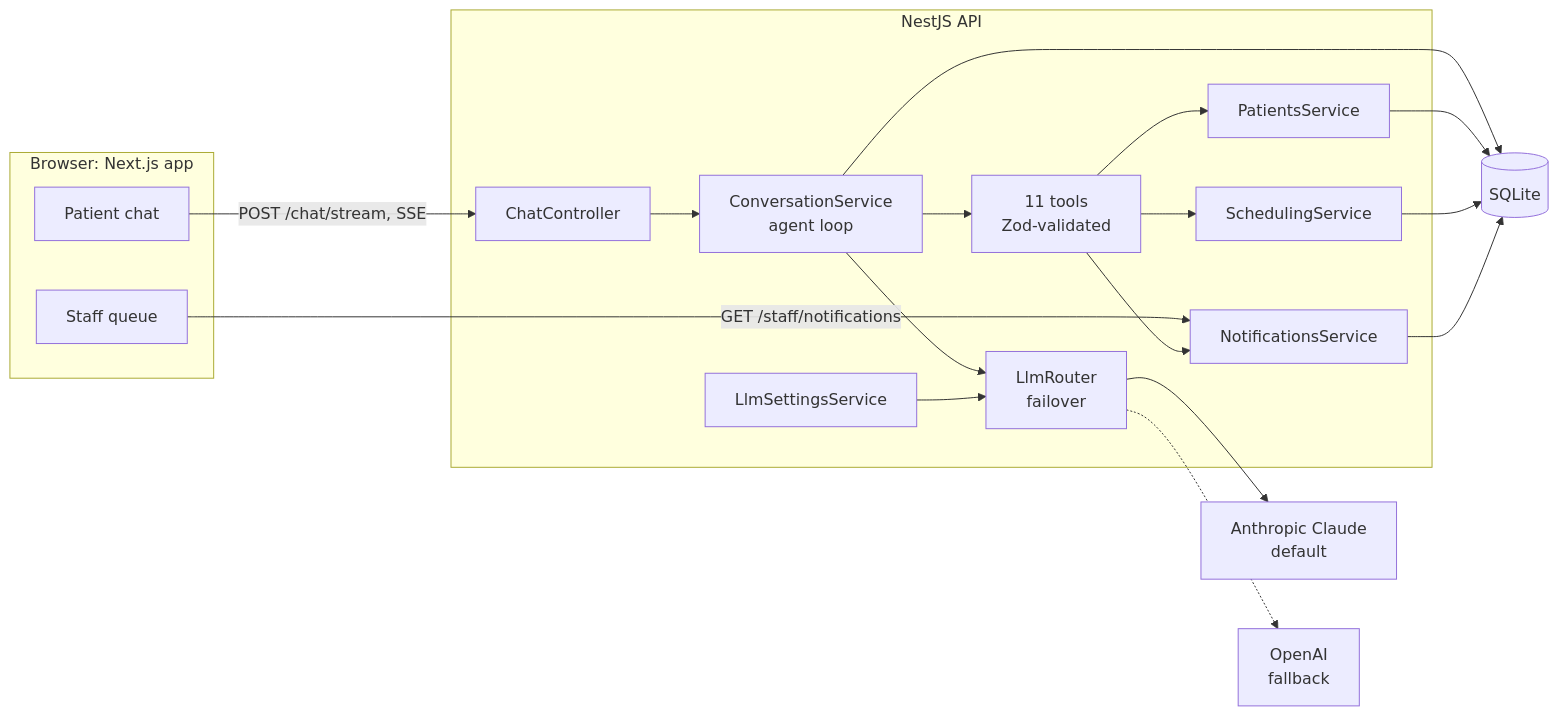
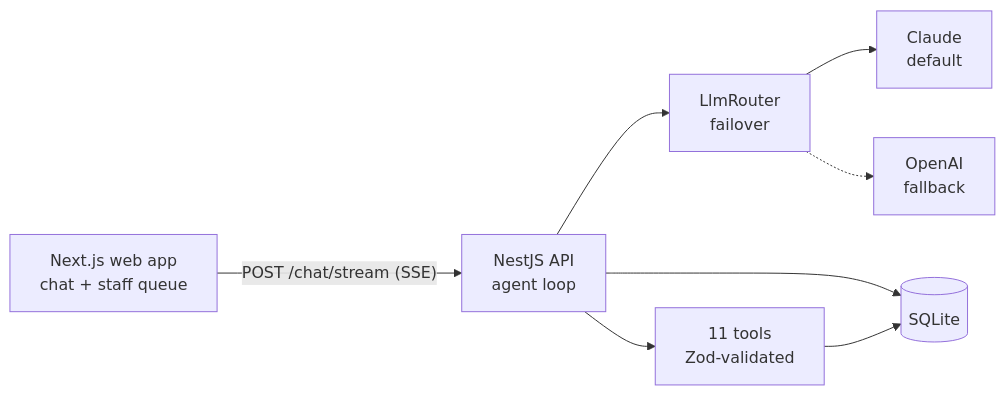
Before and after one commit to FKande/smile-desk: the first of 2 diagrams in README.md, drawn with Mermaid. The commit also changed other lines of this file, not shown here.

````diff
--- a/README.md
+++ b/README.md
@@ -68,36 +45,10 @@
 ```mermaid
 flowchart LR
-  subgraph web["Browser: Next.js app"]
-    chat["Patient chat"]
-    staffui["Staff queue"]
-  end
-  subgraph api["NestJS API"]
-    ctl["ChatController"]
-    conv["ConversationService<br/>agent loop"]
-    tools["11 tools<br/>Zod-validated"]
-    router["LlmRouter<br/>failover"]
-    settings["LlmSettingsService"]
-    pat["PatientsService"]
-    sch["SchedulingService"]
-    notif["NotificationsService"]
-  end
-  claude["Anthropic Claude<br/>default"]
-  openai["OpenAI<br/>fallback"]
-  db[("SQLite")]
-
-  chat -->|"POST /chat/stream, SSE"| ctl
-  staffui -->|"GET /staff/notifications"| notif
-  ctl --> conv
-  conv --> router
-  router --> claude
-  router -.-> openai
-  settings --> router
-  conv --> tools
-  tools --> pat
-  tools --> sch
-  tools --> notif
-  conv --> db
-  pat --> db
-  sch --> db
-  notif --> db
+  web["Next.js web app<br/>chat + staff queue"] -->|"POST /chat/stream (SSE)"| api["NestJS API<br/>agent loop"]
+  api --> router["LlmRouter<br/>failover"]
+  api --> tools["11 tools<br/>Zod-validated"]
+  api --> db[("SQLite")]
+  router --> claude["Claude<br/>default"]
+  router -.-> openai["OpenAI<br/>fallback"]
+  tools --> db
 ```
````
